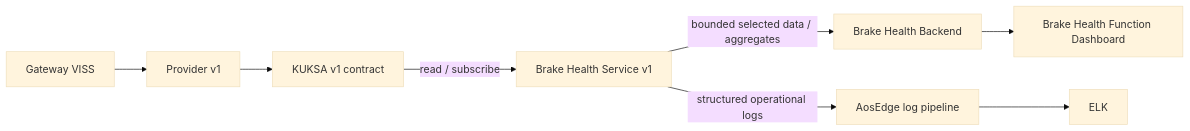
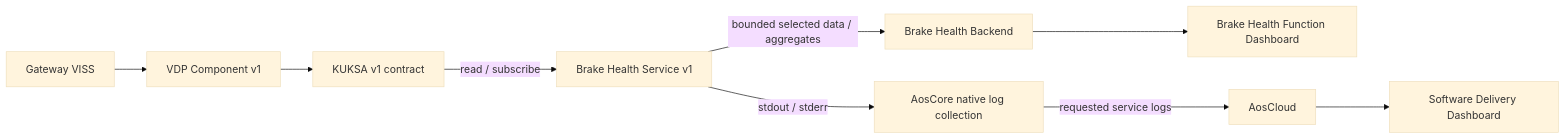
One commit to alexmaninblack/aosedge-sdv-demo changed the ninth of 18 diagrams in docs/architecture/demo-scenario-architecture-flows.md. Above: the diagram before and after it, drawn with Mermaid (base theme). The commit also changed other lines of this file and 32 other files, not shown here.

````diff
--- a/docs/architecture/demo-scenario-architecture-flows.md
+++ b/docs/architecture/demo-scenario-architecture-flows.md
@@ -484,8 +530,9 @@
 ```mermaid
 flowchart LR
-    VISS["Gateway VISS"] --> P1["Provider v1"] --> KUKSA["KUKSA v1 contract"]
+    VISS["Gateway VISS"] --> P1["VDP Component v1"] --> KUKSA["KUKSA v1 contract"]
     KUKSA -->|"read / subscribe"| S1["Brake Health Service v1"]
     S1 -->|"bounded selected data / aggregates"| BE["Brake Health Backend"]
     BE --> BD["Brake Health Function Dashboard"]
-    S1 -->|"structured operational logs"| LP["AosEdge log pipeline"] --> ELK["ELK"]
+    S1 -->|"stdout / stderr"| NLOG["AosCore native log collection"]
+    NLOG -->|"requested service logs"| AC["AosCloud"] --> SW["Software Delivery Dashboard"]
 ```
````
